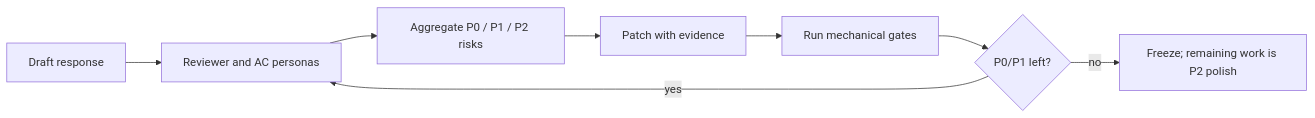
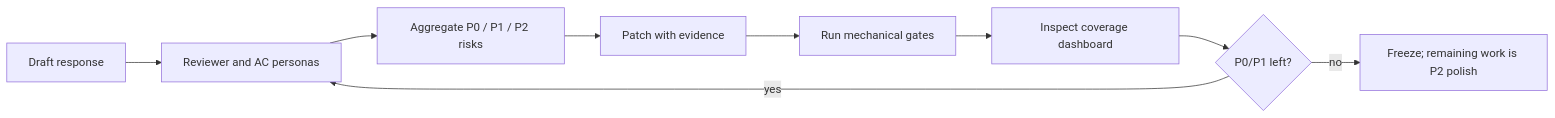
One commit to Harzva/rebuttal-skill-suite changed the diagram in README.md. Above: the diagram before and after it, drawn with Mermaid. The commit also changed other lines of this file and 38 other files, not shown here.

````diff
--- a/README.md
+++ b/README.md
@@ -32,10 +33,11 @@
 ```mermaid
 flowchart LR
     A["Draft response"] --> B["Reviewer and AC personas"]
     B --> C["Aggregate P0 / P1 / P2 risks"]
     C --> D["Patch with evidence"]
     D --> E["Run mechanical gates"]
-    E --> F{"P0/P1 left?"}
+    E --> H["Inspect coverage dashboard"]
+    H --> F{"P0/P1 left?"}
     F -- yes --> B
     F -- no --> G["Freeze; remaining work is P2 polish"]
 ```
````
